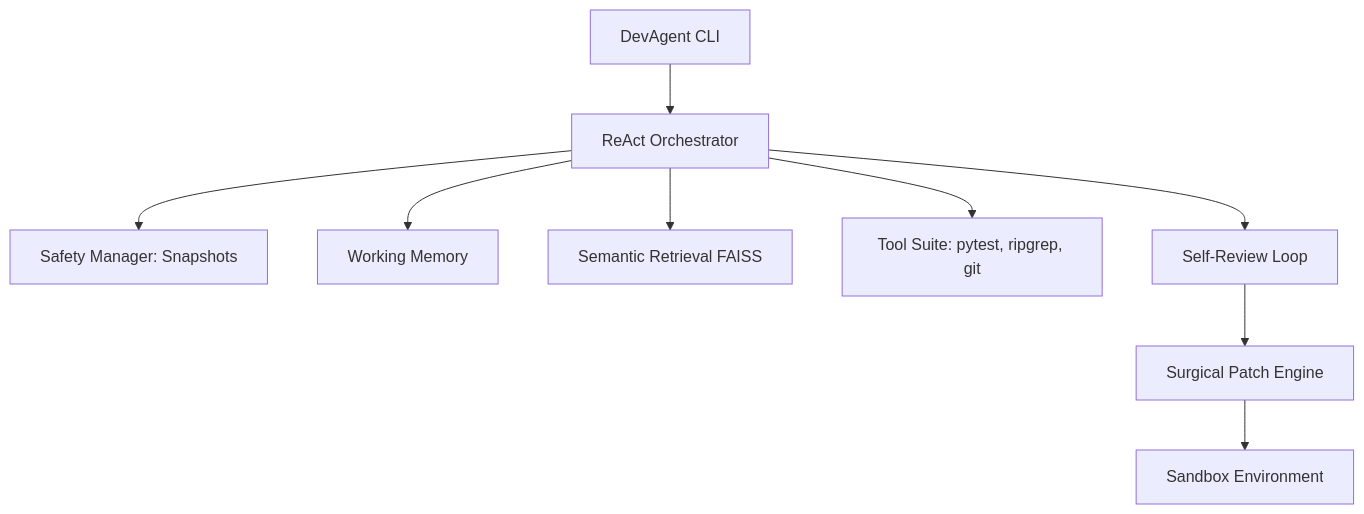
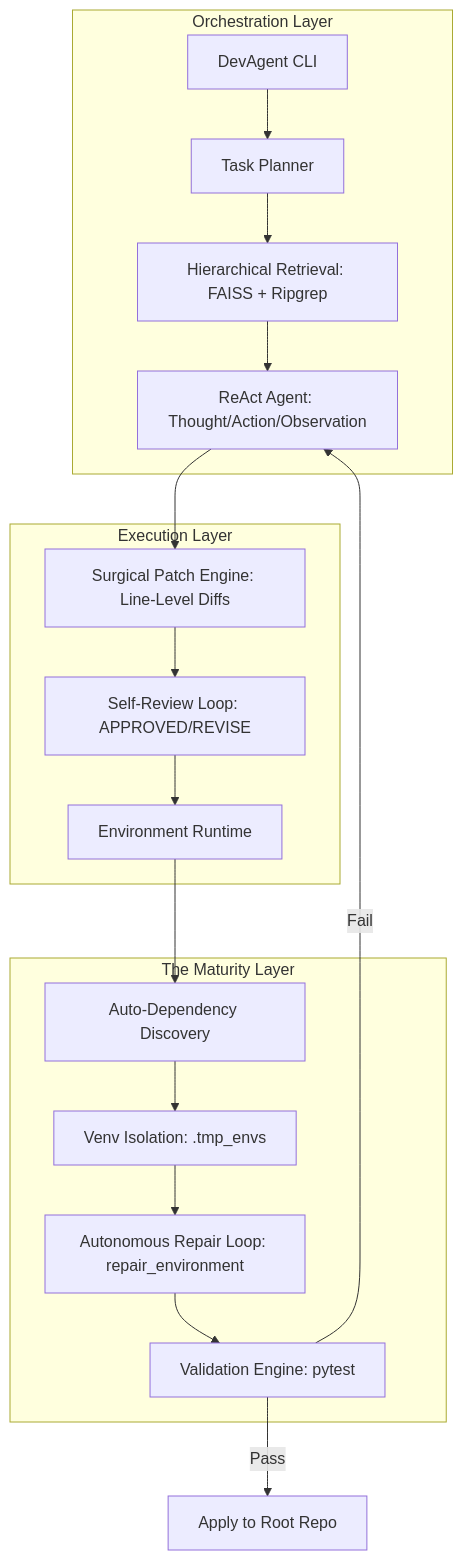
One commit to VedantJadhav701/Developer-Code-Intelligence-Agent changed the diagram in README.md. Above: the diagram before and after it, drawn with Mermaid. The commit also changed other lines of this file, not shown here.

````diff
--- a/README.md
+++ b/README.md
@@ -133,11 +33,24 @@
 ```mermaid
 graph TD
-    CLI[DevAgent CLI] --> Orchestrator[ReAct Orchestrator]
-    Orchestrator --> Safety[Safety Manager: Snapshots]
-    Orchestrator --> Memory[Working Memory]
-    Orchestrator --> Retrieval[Semantic Retrieval FAISS]
-    Orchestrator --> Tools[Tool Suite: pytest, ripgrep, git]
-    Orchestrator --> Reviewer[Self-Review Loop]
-    Reviewer --> Patch[Surgical Patch Engine]
-    Patch --> Sandbox[Sandbox Environment]
+    subgraph "Orchestration Layer"
+    CLI[DevAgent CLI] --> Planner[Task Planner]
+    Planner --> Retrieval[Hierarchical Retrieval: FAISS + Ripgrep]
+    Retrieval --> Agent[ReAct Agent: Thought/Action/Observation]
+    end
+
+    subgraph "Execution Layer"
+    Agent --> Patch[Surgical Patch Engine: Line-Level Diffs]
+    Patch --> Reviewer[Self-Review Loop: APPROVED/REVISE]
+    Reviewer --> Runtime[Environment Runtime]
+    end
+
+    subgraph "The Maturity Layer"
+    Runtime --> Discovery[Auto-Dependency Discovery]
+    Discovery --> Isolation[Venv Isolation: .tmp_envs]
+    Isolation --> Repair[Autonomous Repair Loop: repair_environment]
+    Repair --> Validation[Validation Engine: pytest]
+    end
+
+    Validation -- Pass --> Apply[Apply to Root Repo]
+    Validation -- Fail --> Agent
 ```
````
